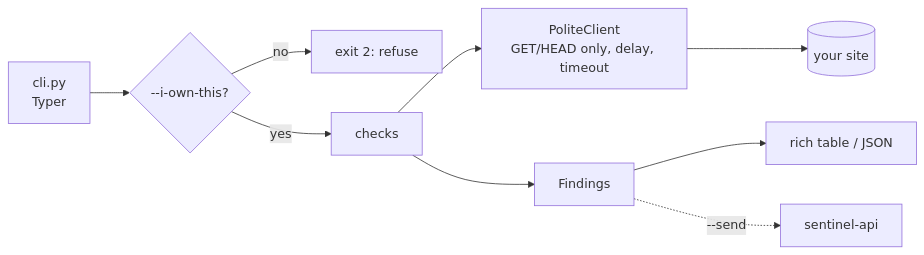
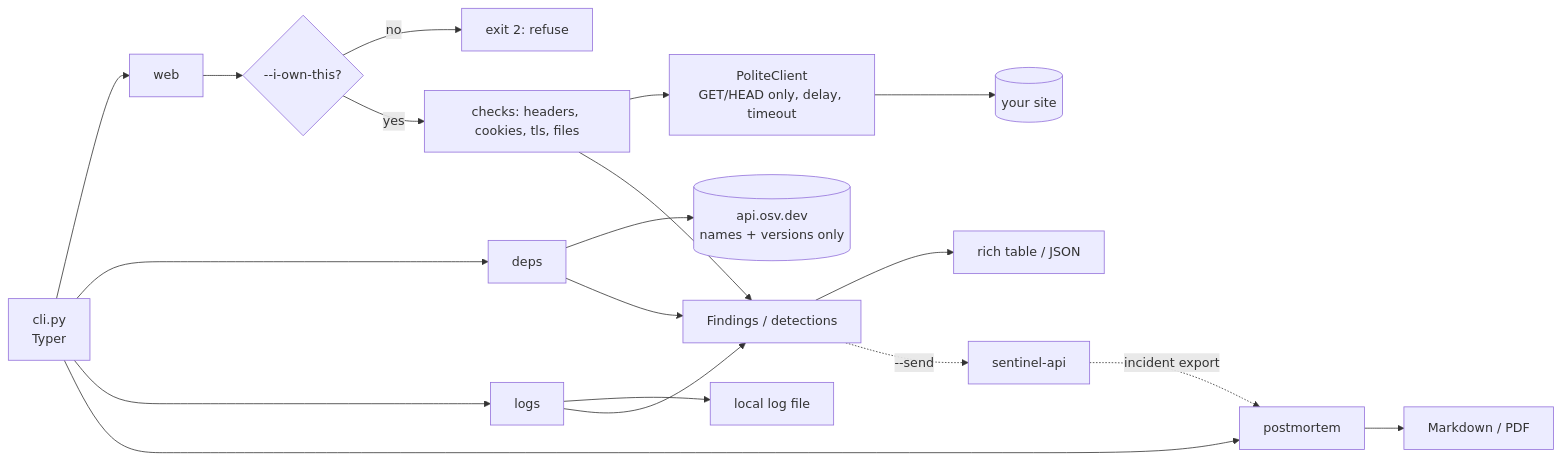
One commit to MundatiC/sentinel-scanner changed the diagram in README.md. Above: the diagram before and after it, drawn with Mermaid. The commit also changed other lines of this file and 12 other files, not shown here.

````diff
--- a/README.md
+++ b/README.md
@@ -105,11 +122,19 @@
 ```mermaid
 flowchart LR
-  CLI[cli.py<br/>Typer] --> G{--i-own-this?}
+  CLI[cli.py<br/>Typer] --> W[web]
+  CLI --> D[deps]
+  CLI --> L[logs]
+  CLI --> P[postmortem]
+  W --> G{--i-own-this?}
   G -- no --> X[exit 2: refuse]
-  G -- yes --> C[checks]
+  G -- yes --> C[checks: headers, cookies, tls, files]
   C --> H[PoliteClient<br/>GET/HEAD only, delay, timeout]
   H --> T[(your site)]
-  C --> F[Findings]
+  D --> OSV[(api.osv.dev<br/>names + versions only)]
+  L --> LF[local log file]
+  C & D & L --> F[Findings / detections]
   F --> O[rich table / JSON]
   F -. "--send" .-> API[sentinel-api]
+  API -. "incident export" .-> P
+  P --> R[Markdown / PDF]
 ```
````
